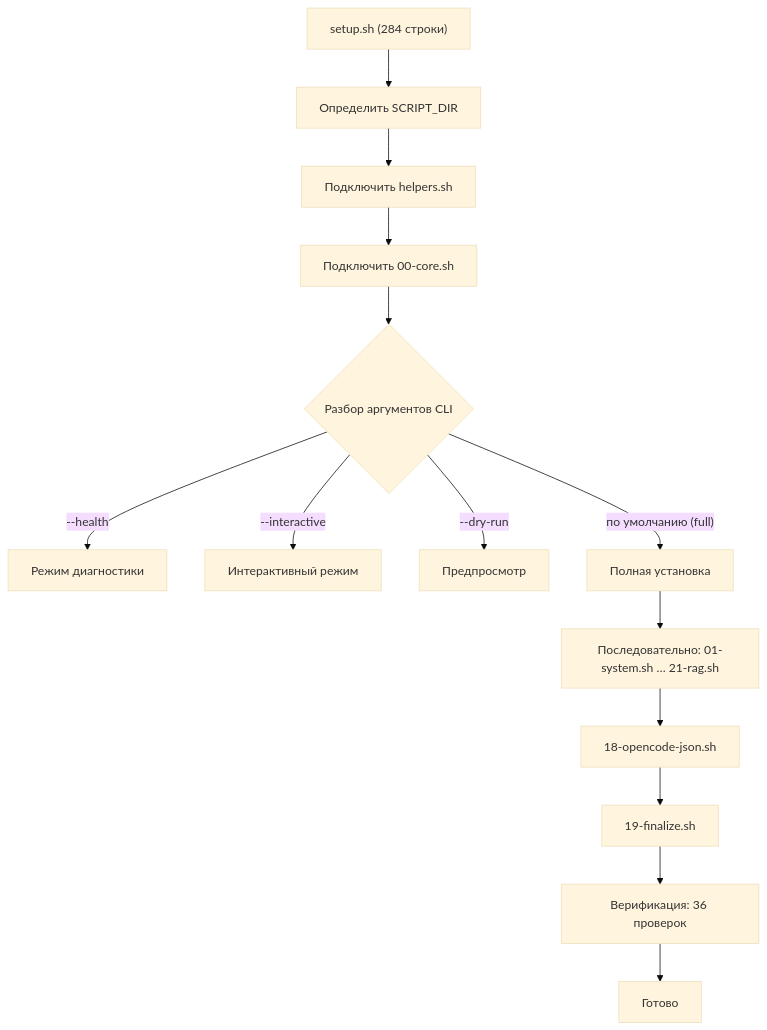
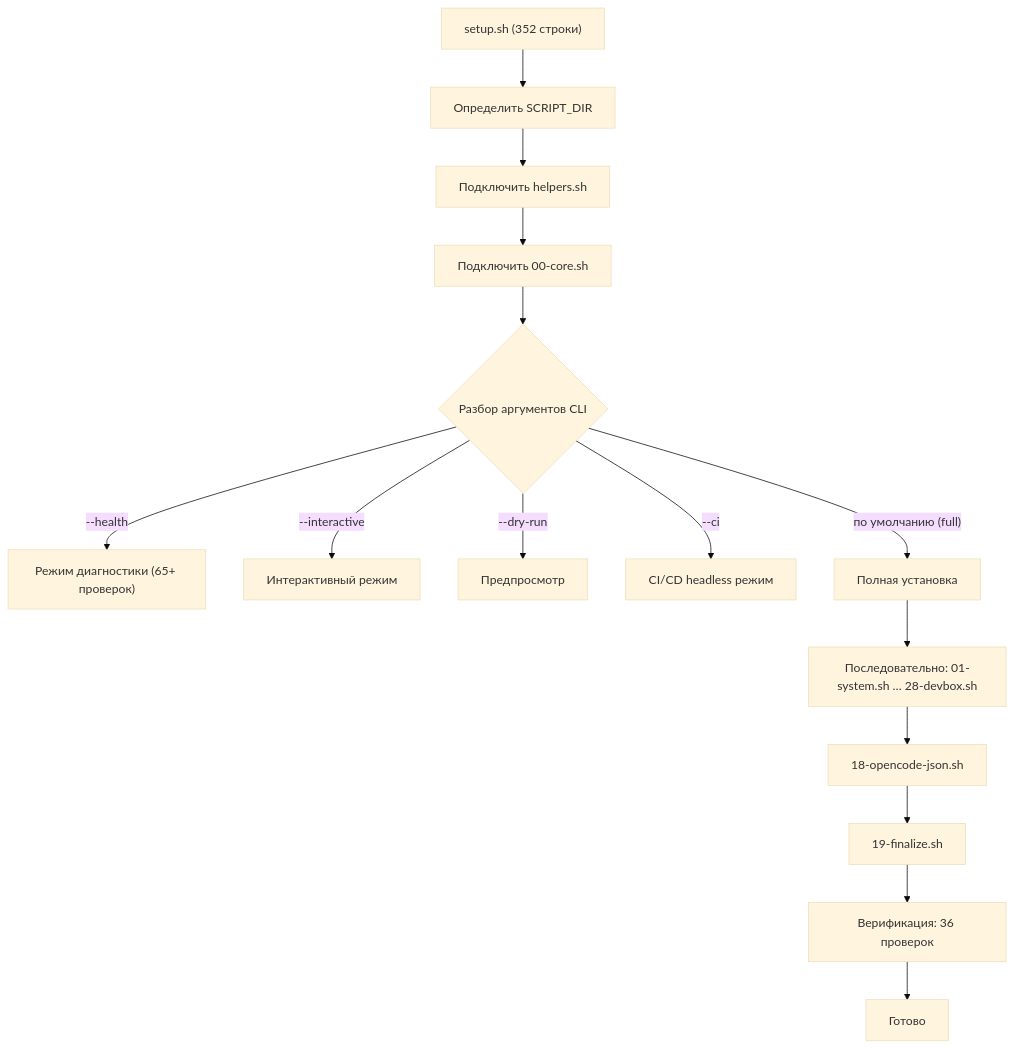
Before and after one commit to AlexanderNarbaev/opencode_initializer: the fourth of 5 diagrams in docs/architecture/index.ru.md, drawn with Mermaid (base theme). The commit also changed other lines of this file and 26 other files, not shown here.

````diff
--- a/docs/architecture/index.ru.md
+++ b/docs/architecture/index.ru.md
@@ -103,17 +113,18 @@
 ```mermaid
 flowchart TD
-    A["setup.sh (284 строки)"] --> B["Определить SCRIPT_DIR"]
+    A["setup.sh (352 строки)"] --> B["Определить SCRIPT_DIR"]
     B --> C["Подключить helpers.sh"]
     C --> D["Подключить 00-core.sh"]
     D --> E{"Разбор аргументов CLI"}
-    E -->|"--health"| H["Режим диагностики"]
+    E -->|"--health"| H["Режим диагностики (65+ проверок)"]
     E -->|"--interactive"| K["Интерактивный режим"]
     E -->|"--dry-run"| J["Предпросмотр"]
+    E -->|"--ci"| CI["CI/CD headless режим"]
     E -->|"по умолчанию (full)"| M["Полная установка"]
-    
-    M --> N["Последовательно: 01-system.sh … 21-rag.sh"]
+
+    M --> N["Последовательно: 01-system.sh … 28-devbox.sh"]
     N --> O["18-opencode-json.sh"]
     O --> P["19-finalize.sh"]
     P --> Q["Верификация: 36 проверок"]
     Q --> R["Готово"]
 ```
````
